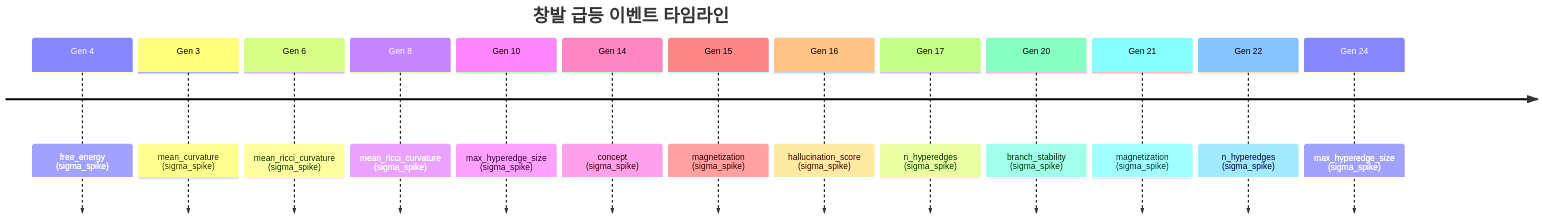
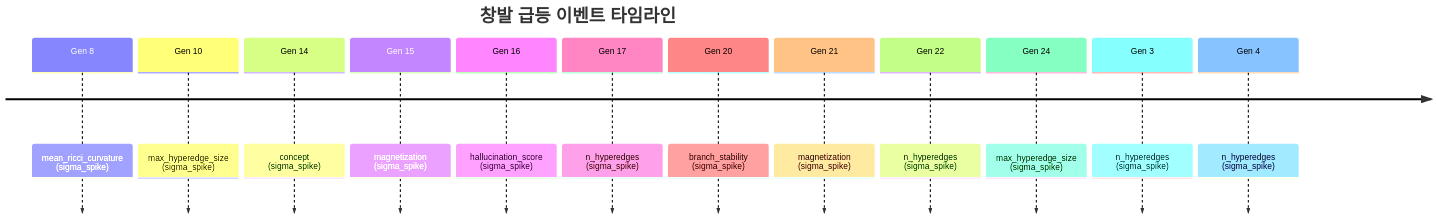
The second of 2 diagrams in README.md (need-singularity/test-1), drawn with Mermaid before and after one commit. The commit also changed other lines of this file and 1 other file, not shown here.

````diff
--- a/README.md
+++ b/README.md
@@ -90,17 +91,16 @@
 ```mermaid
 timeline
     title 창발 급등 이벤트 타임라인
-    Gen 4 : free_energy (sigma_spike)
-    Gen 3 : mean_curvature (sigma_spike)
-    Gen 6 : mean_ricci_curvature (sigma_spike)
     Gen 8 : mean_ricci_curvature (sigma_spike)
     Gen 10 : max_hyperedge_size (sigma_spike)
     Gen 14 : concept (sigma_spike)
     Gen 15 : magnetization (sigma_spike)
     Gen 16 : hallucination_score (sigma_spike)
     Gen 17 : n_hyperedges (sigma_spike)
     Gen 20 : branch_stability (sigma_spike)
     Gen 21 : magnetization (sigma_spike)
     Gen 22 : n_hyperedges (sigma_spike)
     Gen 24 : max_hyperedge_size (sigma_spike)
+    Gen 3 : n_hyperedges (sigma_spike)
+    Gen 4 : n_hyperedges (sigma_spike)
 ```
````
